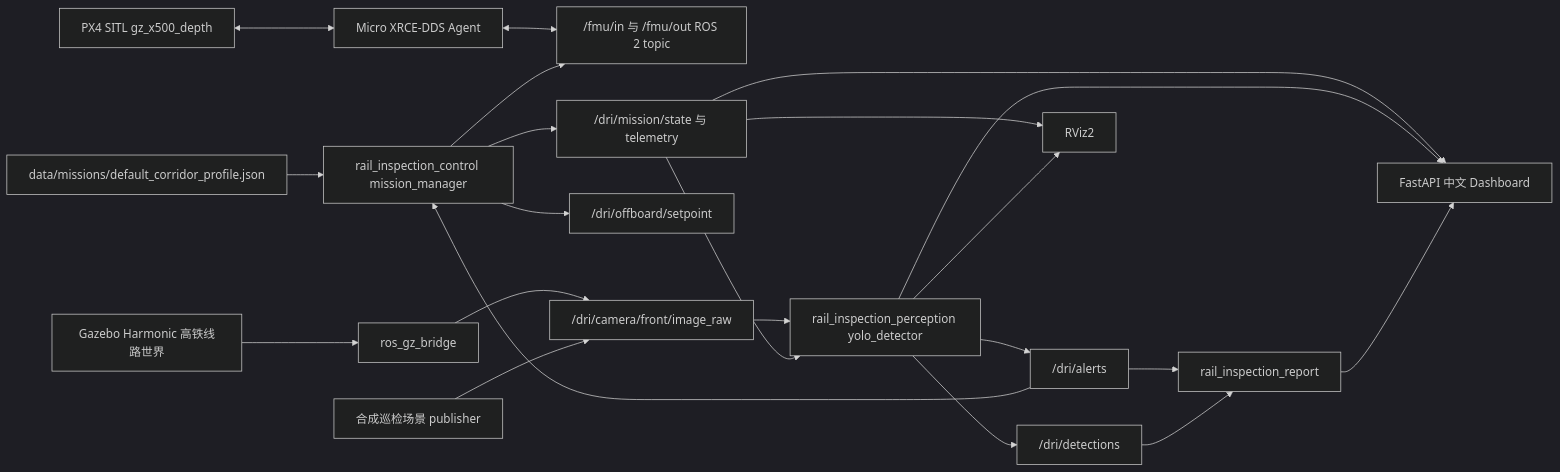
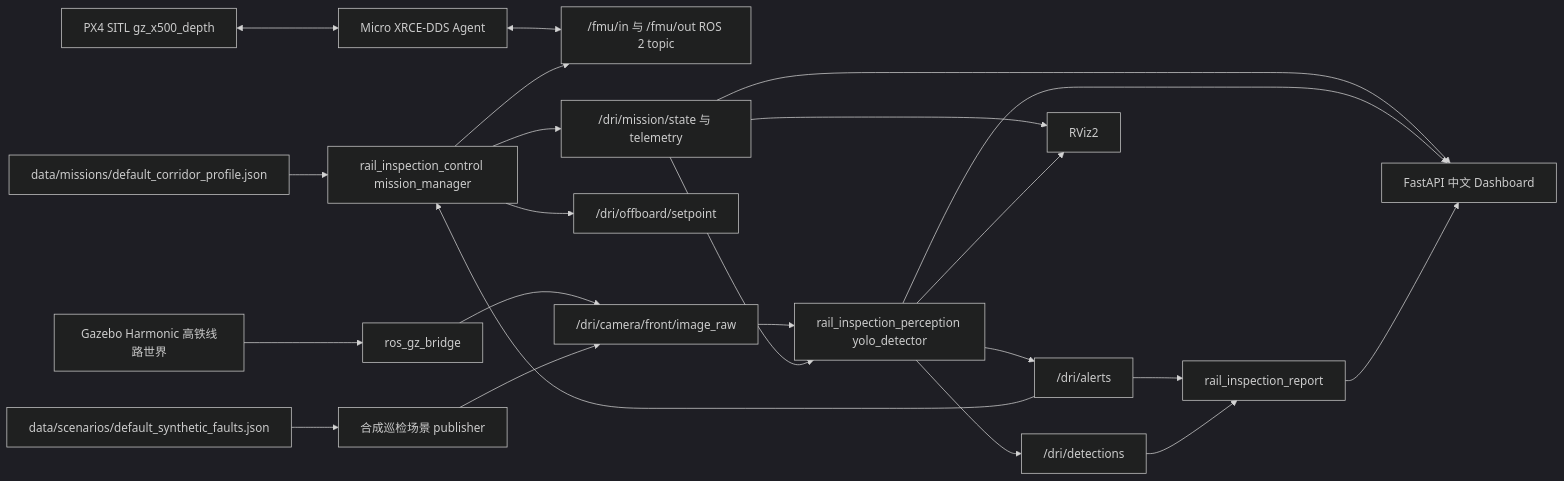
Before and after one commit to evanor05/rail-drone-inspection-sim: the diagram in docs/ARCHITECTURE.md, drawn with Mermaid (dark theme). The commit also changed other lines of this file and 13 other files, not shown here.

Commit message:
Add configurable synthetic fault scenarios

````diff
--- a/docs/ARCHITECTURE.md
+++ b/docs/ARCHITECTURE.md
@@ -3,24 +3,25 @@
 ```mermaid
 flowchart LR
   Profile["data/missions/default_corridor_profile.json"] --> Mission["rail_inspection_control mission_manager"]
+  Scenario["data/scenarios/default_synthetic_faults.json"] --> Synthetic["合成巡检场景 publisher"]
   Gazebo["Gazebo Harmonic 高铁线路世界"] --> Bridge["ros_gz_bridge"]
   PX4["PX4 SITL gz_x500_depth"] <--> XRCE["Micro XRCE-DDS Agent"]
   XRCE <--> ROSPX4["/fmu/in 与 /fmu/out ROS 2 topic"]
   Bridge --> Camera["/dri/camera/front/image_raw"]
-  Synthetic["合成巡检场景 publisher"] --> Camera
+  Synthetic --> Camera
   Mission["rail_inspection_control mission_manager"] --> Setpoint["/dri/offboard/setpoint"]
   Mission --> ROSPX4
   Mission --> State["/dri/mission/state 与 telemetry"]
   Camera --> YOLO["rail_inspection_perception yolo_detector"]
   State --> YOLO
   YOLO --> Detections["/dri/detections"]
   YOLO --> Alerts["/dri/alerts"]
   Alerts --> Mission
   Alerts --> Report["rail_inspection_report"]
   Detections --> Report
   State --> Dashboard["FastAPI 中文 Dashboard"]
   YOLO --> Dashboard
   Report --> Dashboard
   State --> RViz["RViz2"]
   YOLO --> RViz
 ```
````
